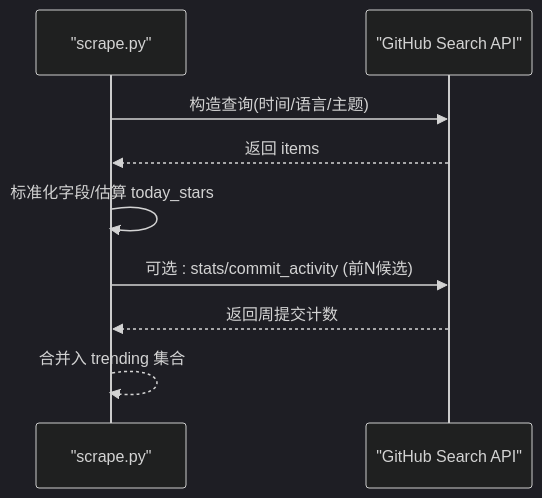
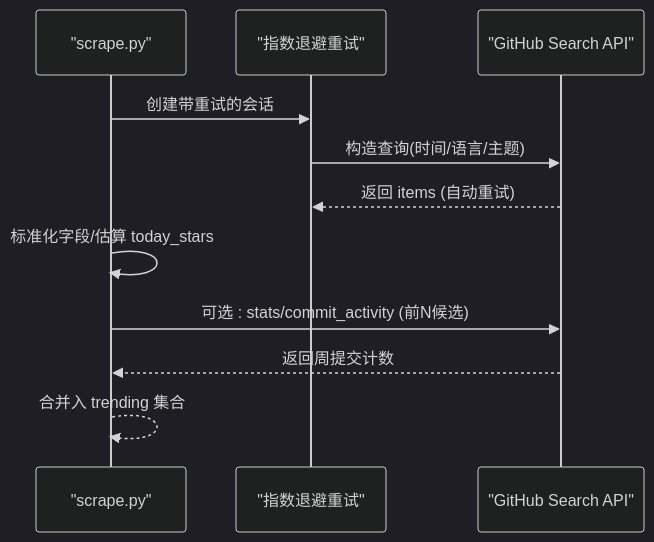
One commit to allengaller/repo-database changed the fifth of 11 diagrams in .qoder/repowiki/zh/content/数据聚合系统/数据聚合系统.md. Above: the diagram before and after it, drawn with Mermaid (dark theme). The commit also changed other lines of this file and 38 other files, not shown here.

````diff
--- a/.qoder/repowiki/zh/content/数据聚合系统/数据聚合系统.md
+++ b/.qoder/repowiki/zh/content/数据聚合系统/数据聚合系统.md
@@ -177,11 +227,13 @@
 ```mermaid
 sequenceDiagram
 participant S as "scrape.py"
+participant Retry as "指数退避重试"
 participant GH as "GitHub Search API"
-S->>GH : 构造查询(时间/语言/主题)
-GH-->>S : 返回 items
+S->>Retry : 创建带重试的会话
+Retry->>GH : 构造查询(时间/语言/主题)
+GH-->>Retry : 返回 items (自动重试)
 S->>S : 标准化字段/估算 today_stars
 S->>GH : 可选 : stats/commit_activity (前N候选)
 GH-->>S : 返回周提交计数
 S-->>S : 合并入 trending 集合
 ```
````
